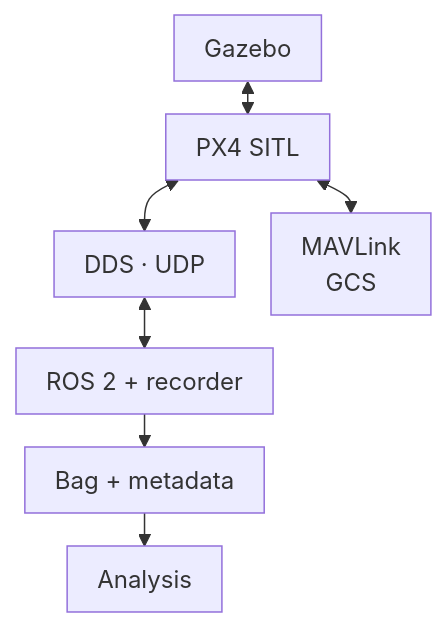
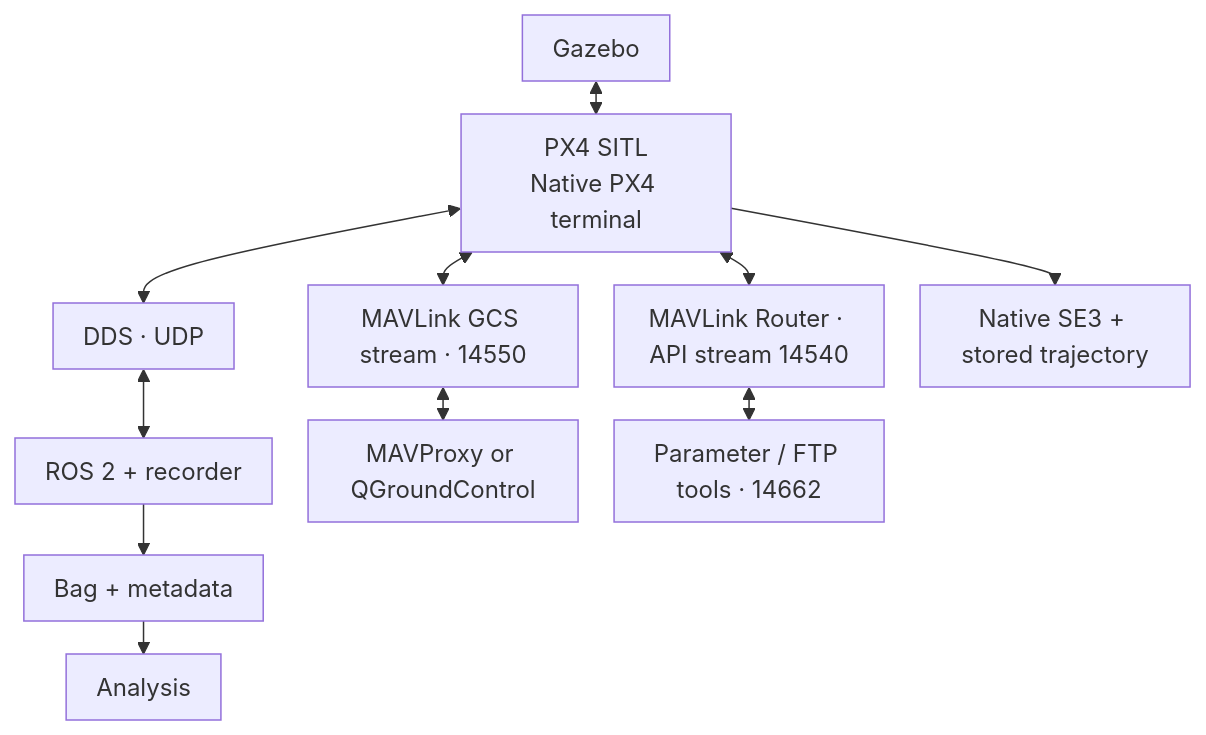
Before and after one commit to ANCL/px4-dev-toolkit: the first of 2 diagrams in docs/reference/architecture.md, drawn with Mermaid. The commit also changed other lines of this file and 42 other files, not shown here.

````diff
--- a/docs/reference/architecture.md
+++ b/docs/reference/architecture.md
@@ -15,18 +14,22 @@
 ```mermaid
 ---
 config:
   flowchart:
     useMaxWidth: true
     wrappingWidth: 140
     padding: 10
     rankSpacing: 22
     nodeSpacing: 24
 ---
 flowchart TB
-    G["Gazebo"] <--> P["PX4 SITL"]
+    G["Gazebo"] <--> P["PX4 SITL<br/>Native PX4 terminal"]
     P <--> X["DDS · UDP"]
     X <--> R["ROS 2 + recorder"]
-    P <--> M["MAVLink<br/>GCS"]
+    P <--> M["MAVLink GCS stream · 14550"]
+    M <--> GCS["MAVProxy or QGroundControl"]
+    P <--> MR["MAVLink Router · API stream 14540"]
+    MR <--> CLI["Parameter / FTP tools · 14662"]
+    P --> N["Native SE3 + stored trajectory"]
     R --> B["Bag + metadata"]
     B --> A["Analysis"]
 ```
````
